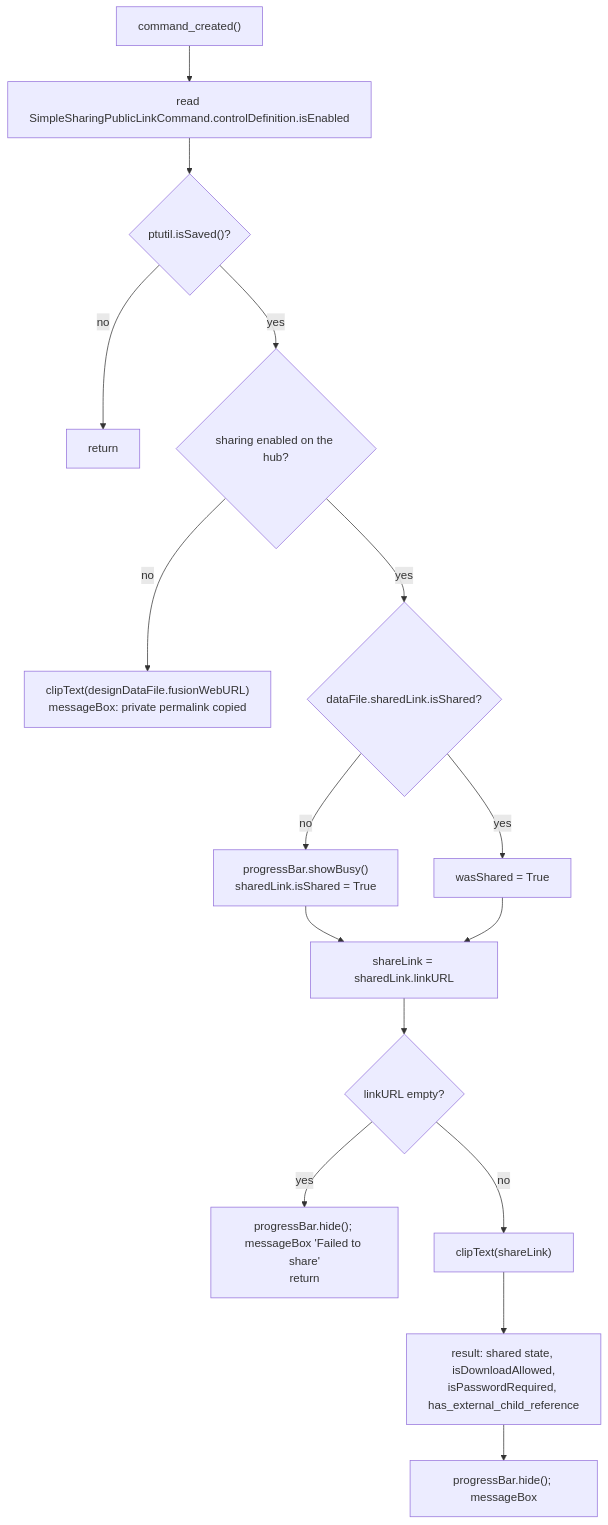
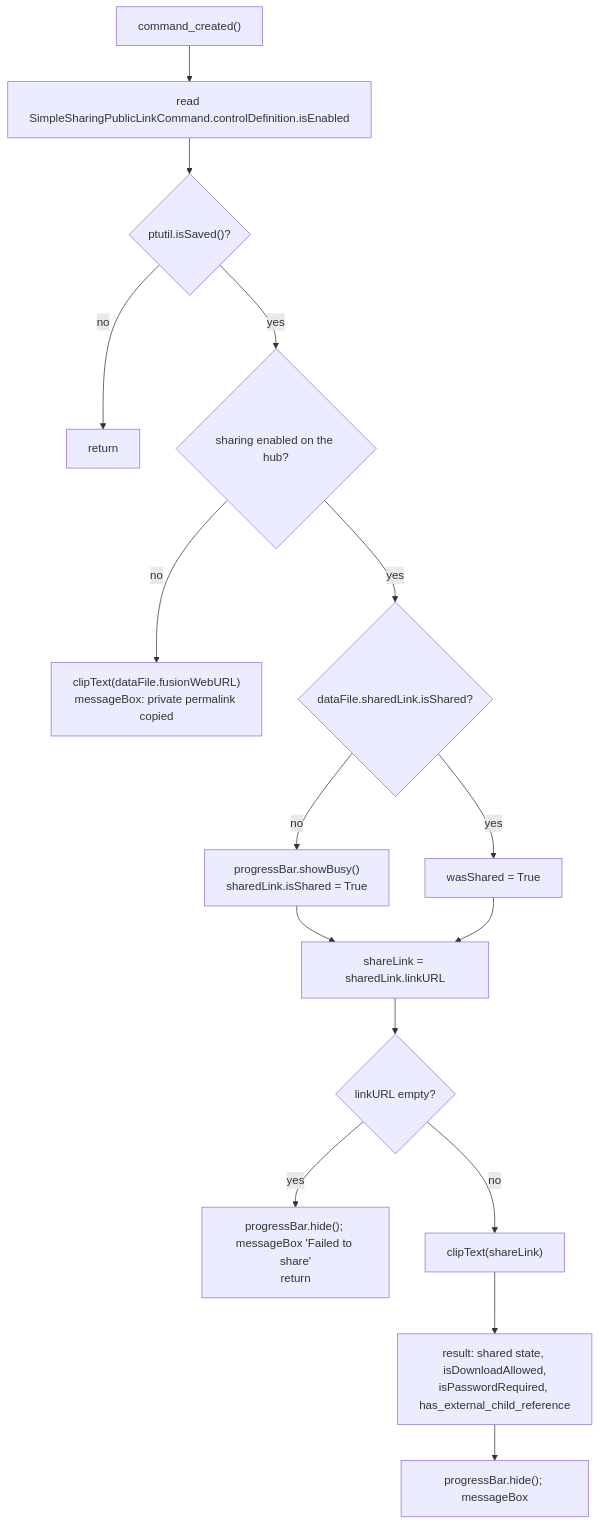
One commit to schneik80/PowerTools changed the diagram in docs/arch/Get a Share Link.md. Above: the diagram before and after it, drawn with Mermaid. The commit also changed other lines of this file and 1 other file, not shown here.

````diff
--- a/docs/arch/Get a Share Link.md
+++ b/docs/arch/Get a Share Link.md
@@ -41,18 +41,18 @@
 ```mermaid
 flowchart TD
     A["command_created()"] --> B["read SimpleSharingPublicLinkCommand.controlDefinition.isEnabled"]
     B --> C{"ptutil.isSaved()?"}
     C -- no --> X1["return"]
     C -- yes --> D{"sharing enabled on the hub?"}
-    D -- no --> E["clipText(designDataFile.fusionWebURL)<br/>messageBox: private permalink copied"]
+    D -- no --> E["clipText(dataFile.fusionWebURL)<br/>messageBox: private permalink copied"]
     D -- yes --> F{"dataFile.sharedLink.isShared?"}
     F -- no --> G["progressBar.showBusy()<br/>sharedLink.isShared = True"]
     F -- yes --> H["wasShared = True"]
     G --> I["shareLink = sharedLink.linkURL"]
     H --> I
     I --> J{"linkURL empty?"}
     J -- yes --> K["progressBar.hide(); messageBox 'Failed to share'<br/>return"]
     J -- no --> L["clipText(shareLink)"]
     L --> M["result: shared state, isDownloadAllowed,<br/>isPasswordRequired, has_external_child_reference"]
     M --> N["progressBar.hide(); messageBox"]
 ```
````
